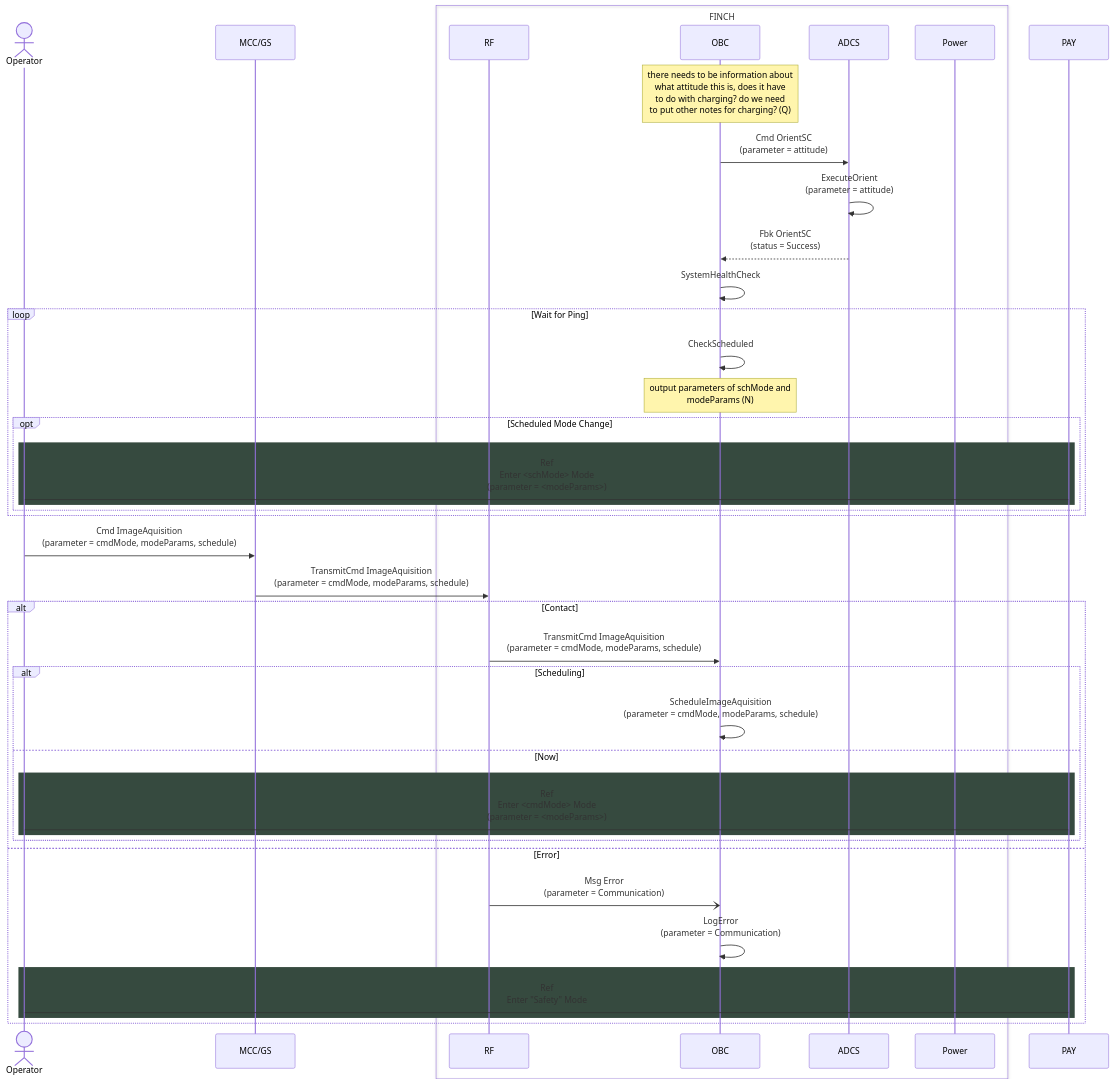
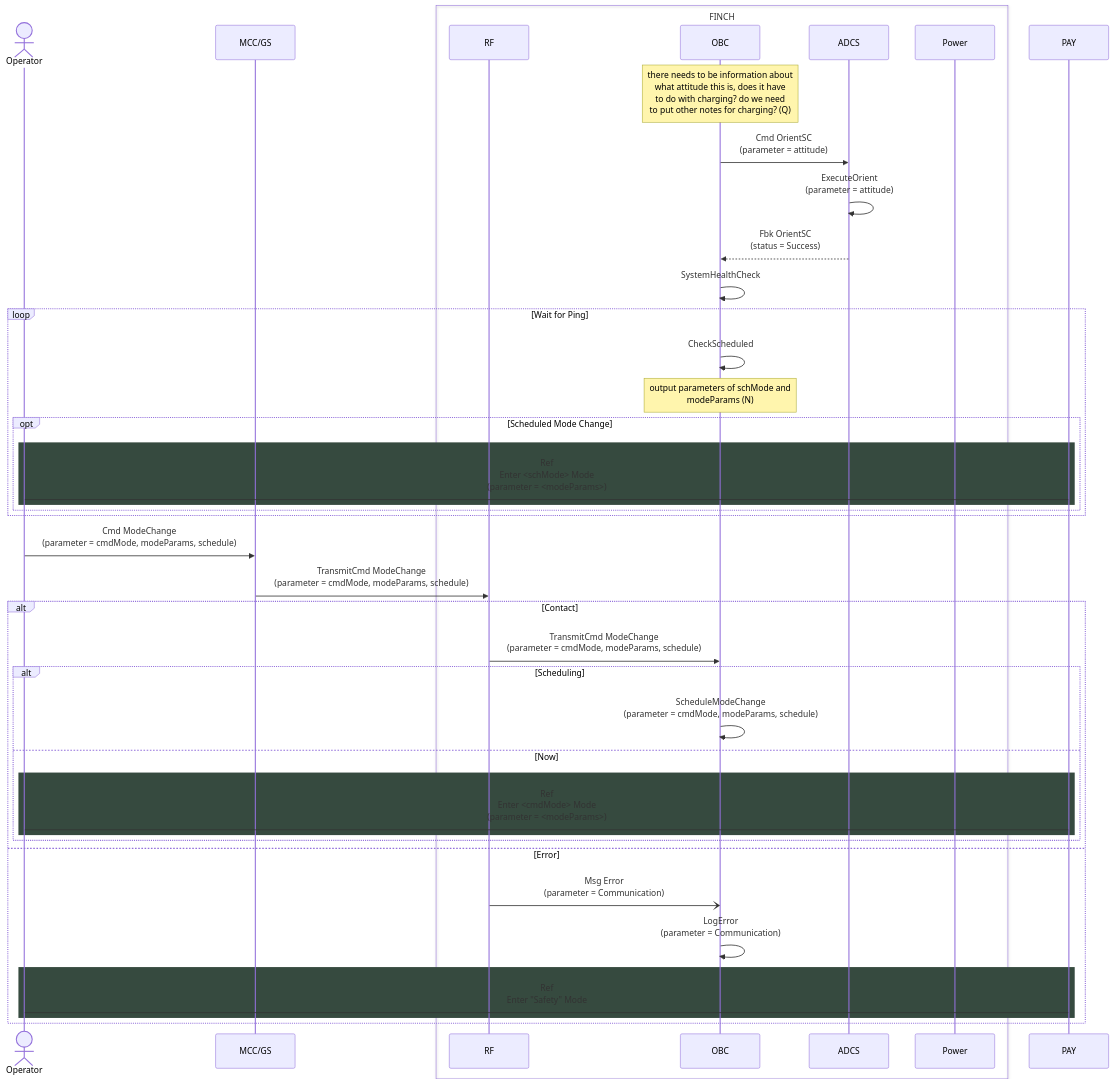
Before and after one commit to Addy-lit/FINCH-system-architecture: the diagram in command sequences/idle-command.md, drawn with Mermaid.

````diff
--- a/command sequences/idle-command.md
+++ b/command sequences/idle-command.md
@@ -2,47 +2,47 @@
 ```mermaid
 sequenceDiagram
     actor Operator
     participant MCC/GS
     box FINCH
         participant RF
         participant OBC 
         participant ADCS
         participant Power
     end
 
     note over OBC: there needs to be information about <br> what attitude this is, does it have <br> to do with charging? do we need <br> to put other notes for charging? (Q)
     OBC ->> ADCS: Cmd OrientSC <br> (parameter = attitude)
     ADCS ->> ADCS: ExecuteOrient <br> (parameter = attitude)
     ADCS -->> OBC: Fbk OrientSC <br> (status = Success)
     OBC ->> OBC: SystemHealthCheck
 
     loop Wait for Ping
         OBC ->> OBC: CheckScheduled
         note over OBC: output parameters of schMode and <br> modeParams (N)
         opt Scheduled Mode Change
             rect rgb(54,74,63)
               	Operator -> PAY: Ref <br/> Enter <schMode> Mode <br> (parameter = <modeParams>)
             end
         end
     end
 
-    Operator ->> MCC/GS: Cmd ImageAquisition <br> (parameter = cmdMode, modeParams, schedule)
-    MCC/GS ->> RF: TransmitCmd ImageAquisition <br> (parameter = cmdMode, modeParams, schedule)
+    Operator ->> MCC/GS: Cmd ModeChange <br> (parameter = cmdMode, modeParams, schedule)
+    MCC/GS ->> RF: TransmitCmd ModeChange <br> (parameter = cmdMode, modeParams, schedule)
     alt Contact
-        RF ->> OBC: TransmitCmd ImageAquisition <br> (parameter = cmdMode, modeParams, schedule)
+        RF ->> OBC: TransmitCmd ModeChange <br> (parameter = cmdMode, modeParams, schedule)
         alt Scheduling
-            OBC ->> OBC: ScheduleImageAquisition <br> (parameter = cmdMode, modeParams, schedule)
+            OBC ->> OBC: ScheduleModeChange <br> (parameter = cmdMode, modeParams, schedule)
         else Now
             rect rgb(54,74,63)
                 Operator -> PAY: Ref <br/> Enter <cmdMode> Mode <br> (parameter = <modeParams>)
             end
         end
     else Error
         RF -) OBC: Msg Error <br> (parameter = Communication)
         OBC ->> OBC: LogError <br> (parameter = Communication)
         rect rgb(54,74,63)
             Operator -> PAY: Ref <br/> Enter "Safety" Mode
         end
     end
 
 ```
````
